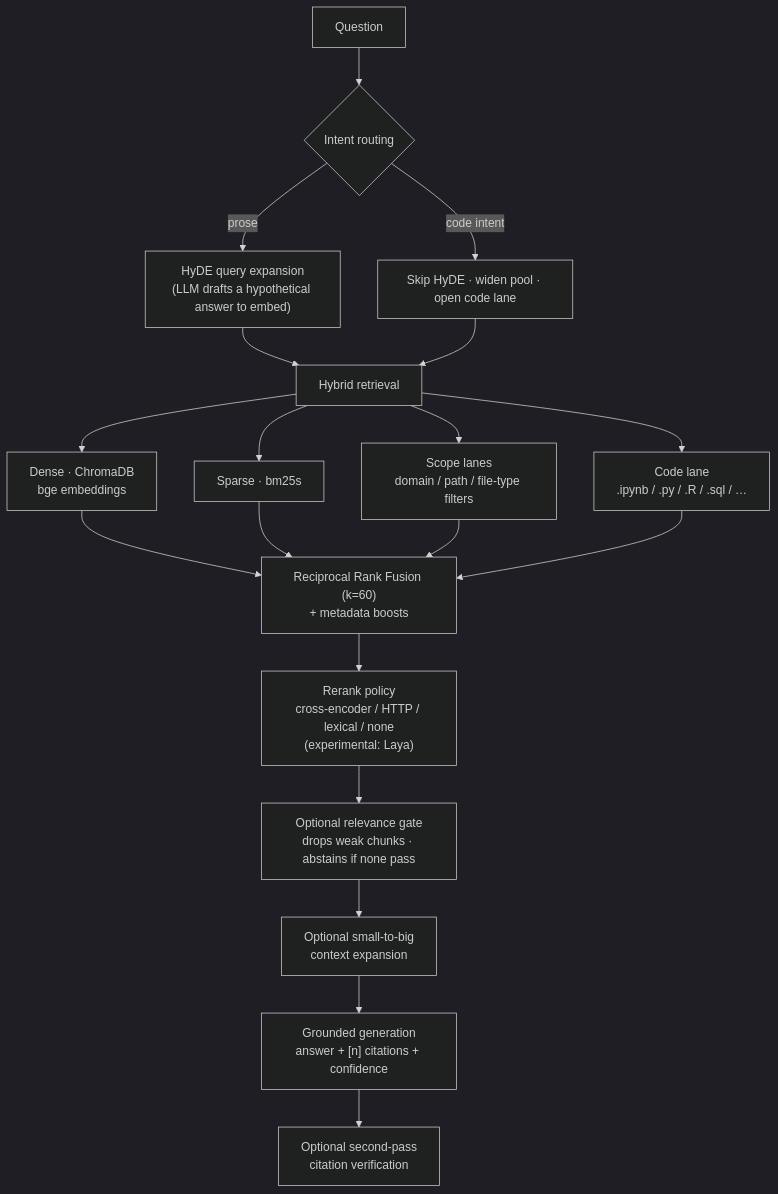
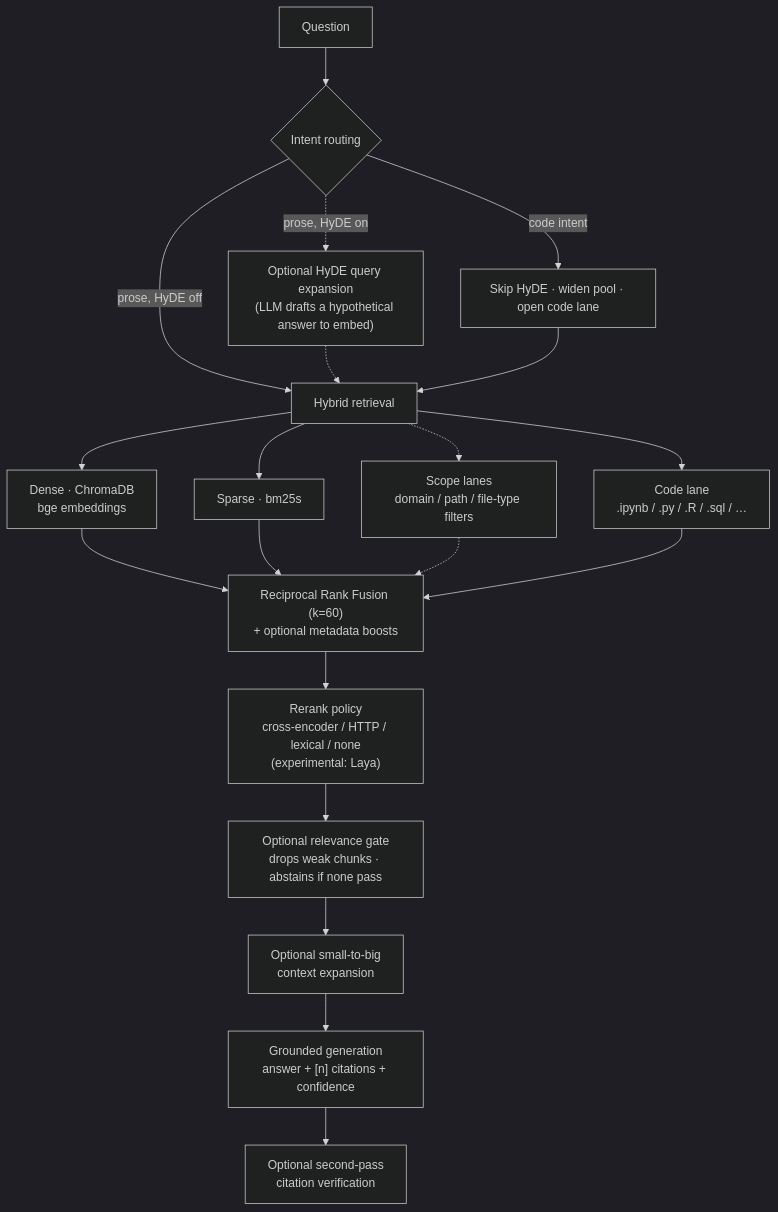
Before and after one commit to AlbertHakobyan070/Advanced-Obsidian-RAG: the diagram in README.md, drawn with Mermaid (dark theme). The commit also changed other lines of this file and 98 other files, not shown here.

First line of the commit message:
Noetrix 0.29.0: the MCP server, Graph tab suggestions and embedder, OCR queue removal, one console design system

````diff
--- a/README.md
+++ b/README.md
@@ -47,21 +47,22 @@
 ```mermaid
 flowchart TD
     Q["Question"] --> R{Intent routing}
-    R -->|prose| H["HyDE query expansion<br/>(LLM drafts a hypothetical answer to embed)"]
+    R -->|prose, HyDE off| HY["Hybrid retrieval"]
+    R -.->|prose, HyDE on| H["Optional HyDE query expansion<br/>(LLM drafts a hypothetical answer to embed)"]
     R -->|code intent| C0["Skip HyDE · widen pool · open code lane"]
-    H --> HY["Hybrid retrieval"]
+    H -.-> HY
     C0 --> HY
     HY --> D["Dense · ChromaDB<br/>bge embeddings"]
     HY --> S["Sparse · bm25s"]
-    HY --> SL["Scope lanes<br/>domain / path / file-type filters"]
+    HY -.-> SL["Scope lanes<br/>domain / path / file-type filters"]
     HY --> CL["Code lane<br/>.ipynb / .py / .R / .sql / …"]
-    D --> RRF["Reciprocal Rank Fusion (k=60)<br/>+ metadata boosts"]
+    D --> RRF["Reciprocal Rank Fusion (k=60)<br/>+ optional metadata boosts"]
     S --> RRF
-    SL --> RRF
+    SL -.-> RRF
     CL --> RRF
     RRF --> RR["Rerank policy<br/>cross-encoder / HTTP / lexical / none<br/>(experimental: Laya)"]
     RR --> GT["Optional relevance gate<br/>drops weak chunks · abstains if none pass"]
     GT --> EX["Optional small-to-big<br/>context expansion"]
     EX --> G["Grounded generation<br/>answer + [n] citations + confidence"]
     G --> V["Optional second-pass<br/>citation verification"]
 ```
````
